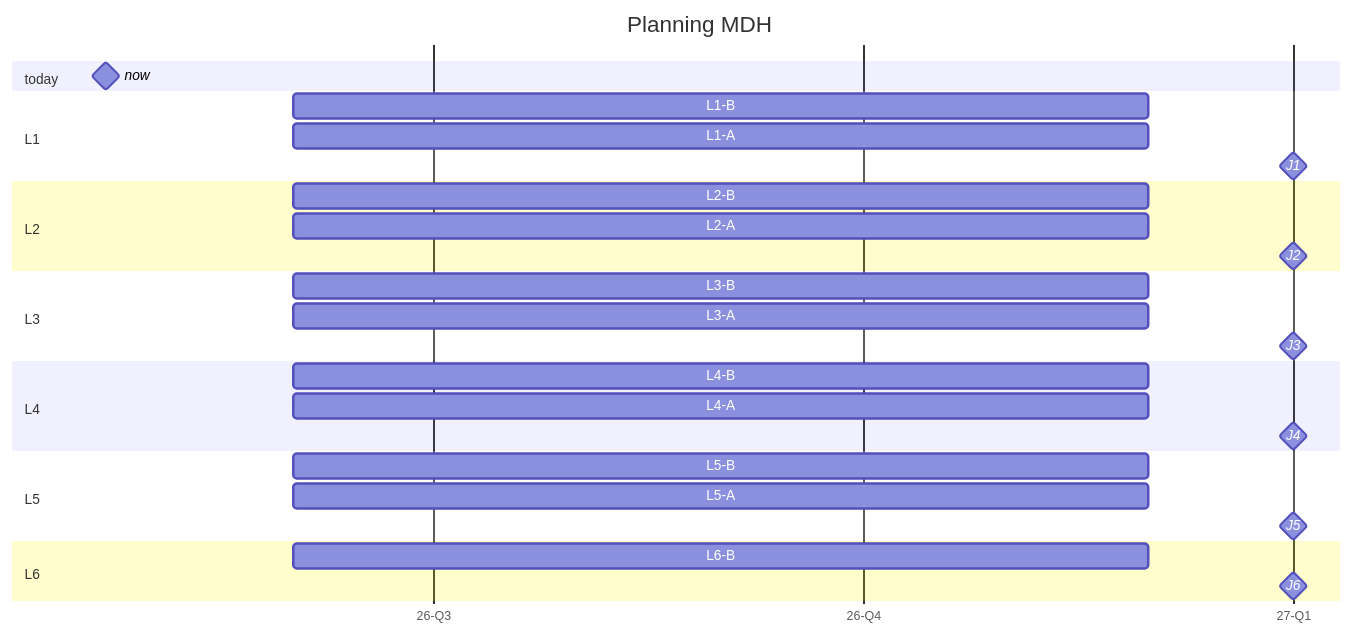
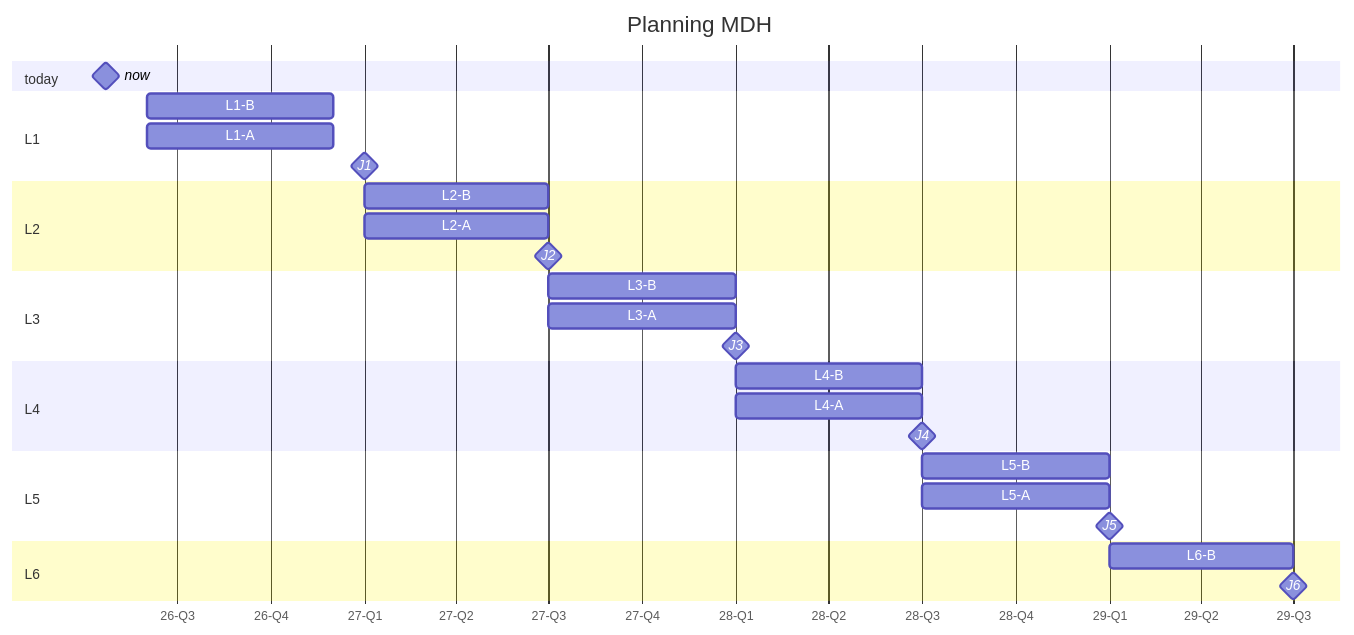
The diagram in planning.md (cdamas-cerema/test), drawn with Mermaid before and after one commit.

Commit message:
Update project timelines and milestones

````diff
--- a/planning.md
+++ b/planning.md
@@ -2,41 +2,41 @@
 ```mermaid
 gantt
     title Planning MDH
     dateFormat YYYY-MM-DD
     axisFormat %y-Q%q
     tickInterval 3month
 
     section today
         %% This task forces the chart to start at the beginning of the year
         now : milestone, m1, 2026-04-22, 0d
 
     section L1
         L1-B                                 :2026-06-01, 6M
         L1-A                                 :2026-06-01, 6M
         J1                                   :milestone, 2027-01-01, 1m
 
     section L2
-        L2-B                                 :2026-06-01, 6M
-        L2-A                                 :2026-06-01, 6M
-        J2                                   :milestone, 2027-01-01, 1m
+        L2-B                                 :2027-01-01, 6M
+        L2-A                                 :2027-01-01, 6M
+        J2                                   :milestone, 2027-07-01, 1m
 
     section L3
-        L3-B                                 :2026-06-01, 6M
-        L3-A                                 :2026-06-01, 6M
-        J3                                   :milestone, 2027-01-01, 1m
+        L3-B                                 :2027-07-01, 6M
+        L3-A                                 :2027-07-01, 6M
+        J3                                   :milestone, 2028-01-01, 1m
 
     section L4
-        L4-B                                 :2026-06-01, 6M
-        L4-A                                 :2026-06-01, 6M
-        J4                                   :milestone, 2027-01-01, 1m
+        L4-B                                 :2028-01-01, 6M
+        L4-A                                 :2028-01-01, 6M
+        J4                                   :milestone, 2028-07-01, 1m
 
     section L5
-        L5-B                                 :2026-06-01, 6M
-        L5-A                                 :2026-06-01, 6M
-        J5                                   :milestone, 2027-01-01, 1m
+        L5-B                                 :2028-07-01, 6M
+        L5-A                                 :2028-07-01, 6M
+        J5                                   :milestone, 2029-01-01, 1m
 
     section L6
-        L6-B                                 :2026-06-01, 6M
-        J6                                   :milestone, 2027-01-01, 1m
+        L6-B                                 :2029-01-01, 6M
+        J6                                   :milestone, 2029-07-01, 1m
         
 ```
````
